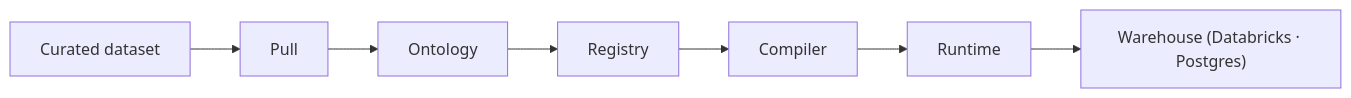
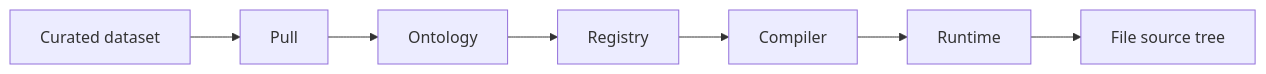
One commit to trybacked/anchor changed the second of 3 diagrams in README.md. Above: the diagram before and after it, drawn with Mermaid. The commit also changed other lines of this file and 238 other files, not shown here.

````diff
--- a/README.md
+++ b/README.md
@@ -96,9 +94,9 @@
 ```mermaid
 flowchart LR
   dataset["Curated dataset"] --> pull["Pull"]
   pull --> ontology["Ontology"]
   ontology --> registry["Registry"]
   registry --> compiler["Compiler"]
   compiler --> runtime["Runtime"]
-  runtime --> warehouse["Warehouse (Databricks · Postgres)"]
+  runtime --> files["File source tree"]
 ```
````
